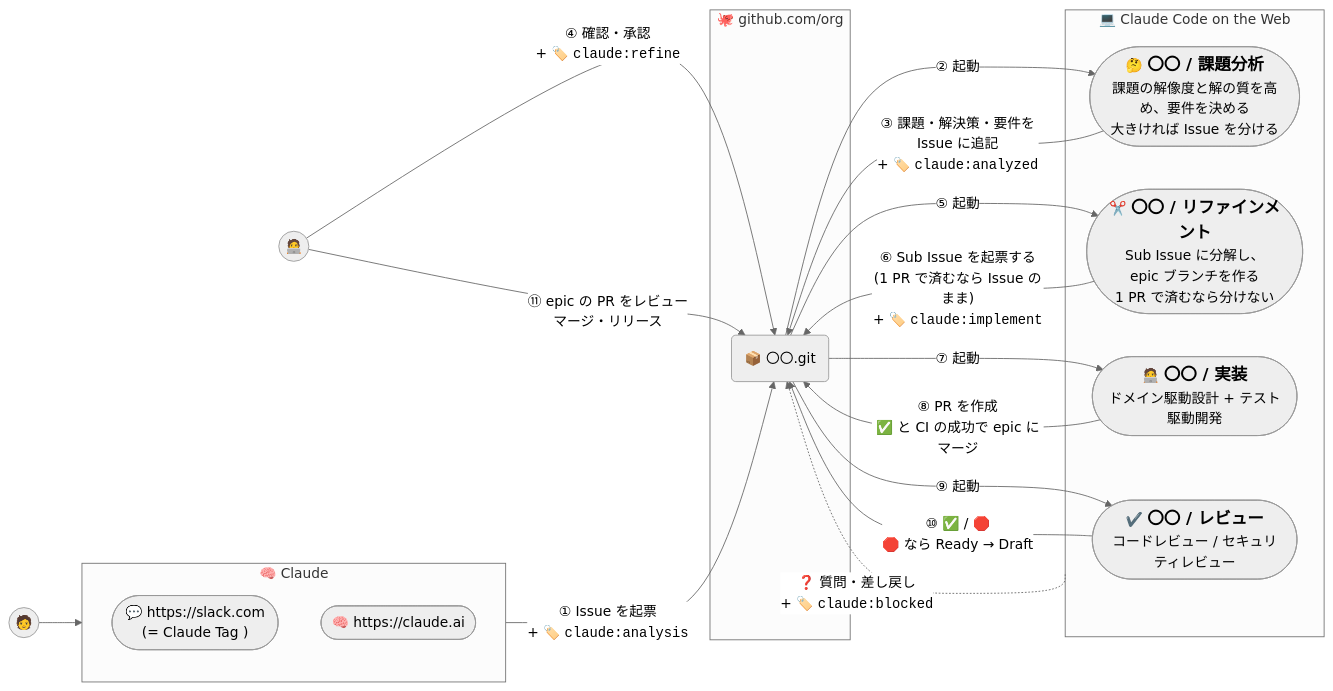
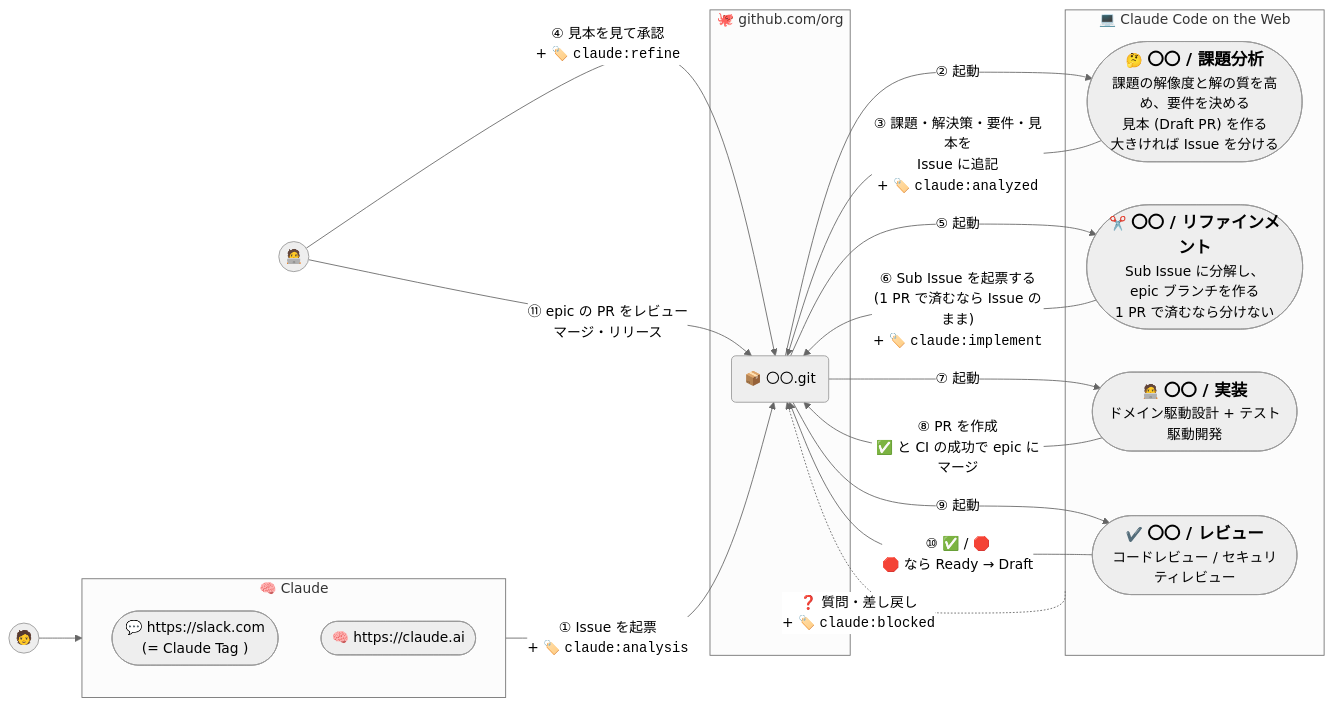
One commit to theindiehacker/fastship-plugin changed the first of 4 diagrams in README.md. Above: the diagram before and after it, drawn with Mermaid (neutral theme). The commit also changed other lines of this file and 13 other files, not shown here.

````diff
--- a/README.md
+++ b/README.md
@@ -8,33 +8,33 @@
 ```mermaid
 graph LR;
     Human(("🧑")) --> Claude
     
     subgraph Claude ["🧠 Claude"]
         slack.com(["💬 https://slack.com<br/>(= Claude Tag )"])
         claude.ai(["🧠 https://claude.ai"])
     end
     
     subgraph GitHub ["🐙 github.com/org"]
         Repository("📦 〇〇.git")
     end
 
     subgraph ClaudeCode ["💻 Claude Code on the Web"]
-        analysis(["🤔 <b style='font-size: larger;'>〇〇 / 課題分析</b><br/>課題の解像度と解の質を高め、要件を決める<br/>大きければ Issue を分ける"])
+        analysis(["🤔 <b style='font-size: larger;'>〇〇 / 課題分析</b><br/>課題の解像度と解の質を高め、要件を決める<br/>見本 (Draft PR) を作る<br/>大きければ Issue を分ける"])
         refinement(["✂️ <b  style='font-size: larger;'>〇〇 / リファインメント</b><br/>Sub Issue に分解し、epic ブランチを作る<br/>1 PR で済むなら分けない"])
         implement(["🧑‍💻 <b  style='font-size: larger;'>〇〇 / 実装</b><br/>ドメイン駆動設計 + テスト駆動開発"])
         review(["✔️ <b  style='font-size: larger;'>〇〇 / レビュー</b><br/>コードレビュー / セキュリティレビュー"])
     end
 
     Claude -->|① Issue を起票<br/>+ 🏷️ <code>claude:analysis</code>| Repository -->|② 起動| analysis
-    analysis -->|③ 課題・解決策・要件を<br/>Issue に追記<br/>+ 🏷️ <code>claude:analyzed</code>| Repository
-    Developer(("🧑‍💻")) -->|④ 確認・承認<br/>+ 🏷️ <code>claude:refine</code>| Repository
+    analysis -->|③ 課題・解決策・要件・見本を<br/>Issue に追記<br/>+ 🏷️ <code>claude:analyzed</code>| Repository
+    Developer(("🧑‍💻")) -->|④ 見本を見て承認<br/>+ 🏷️ <code>claude:refine</code>| Repository
     Repository -->|⑤ 起動| refinement -->|"⑥ Sub Issue を起票する<br/>(1 PR で済むなら Issue のまま)<br/>+ 🏷️ <code>claude:implement</code>"| Repository
     
     Repository -->|⑦ 起動| implement -->|"⑧ PR を作成<br/>✅ と CI の成功で epic にマージ"| Repository
     
     Repository -->|⑨ 起動| review -->|⑩ ✅ / 🛑<br/>🛑 なら Ready → Draft| Repository
 
     Developer -->|"⑪ epic の PR をレビュー<br/>マージ・リリース"| Repository
 
     ClaudeCode -.->|❓ 質問・差し戻し<br/>+ 🏷️ <code>claude:blocked</code>| Repository
 ```
````
